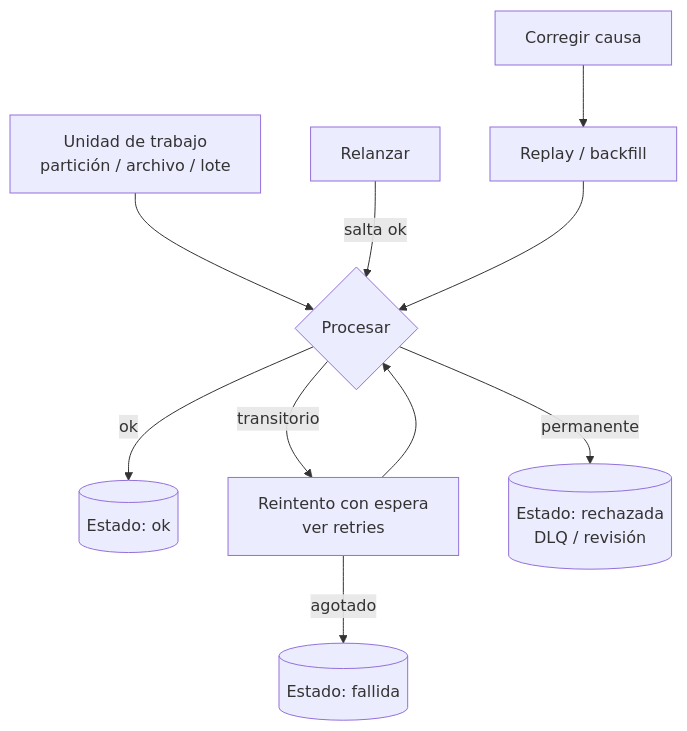
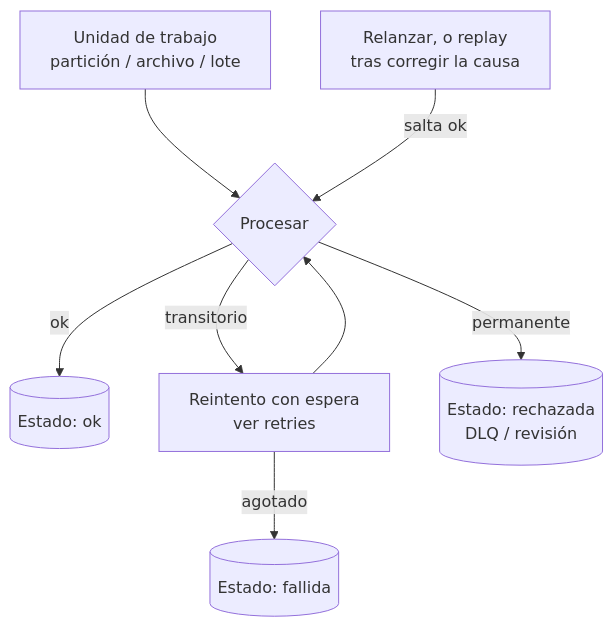
The diagram in content/concepts/failure-recovery.md (fcp4891/de-knowledge-hub), drawn with Mermaid before and after one commit. The commit also changed other lines of this file and 20 other files, not shown here.

First line of the commit message:
§9 con el estándar de diagramas: 21 diagramas sobre 8 nodos o 10 aristas, rehechos

````diff
--- a/content/concepts/failure-recovery.md
+++ b/content/concepts/failure-recovery.md
@@ -134,12 +134,10 @@
 ```mermaid
 flowchart TB
   U[Unidad de trabajo<br/>partición / archivo / lote] --> P{Procesar}
   P -->|ok| OK[(Estado: ok)]
   P -->|transitorio| R[Reintento con espera<br/>ver retries]
   R --> P
   R -->|agotado| FA[(Estado: fallida)]
   P -->|permanente| RJ[(Estado: rechazada<br/>DLQ / revisión)]
-  RL[Relanzar] -->|salta ok| P
-  FIX[Corregir causa] --> RP[Replay / backfill]
-  RP --> P
+  RE[Relanzar, o replay<br/>tras corregir la causa] -->|salta ok| P
 ```
````
